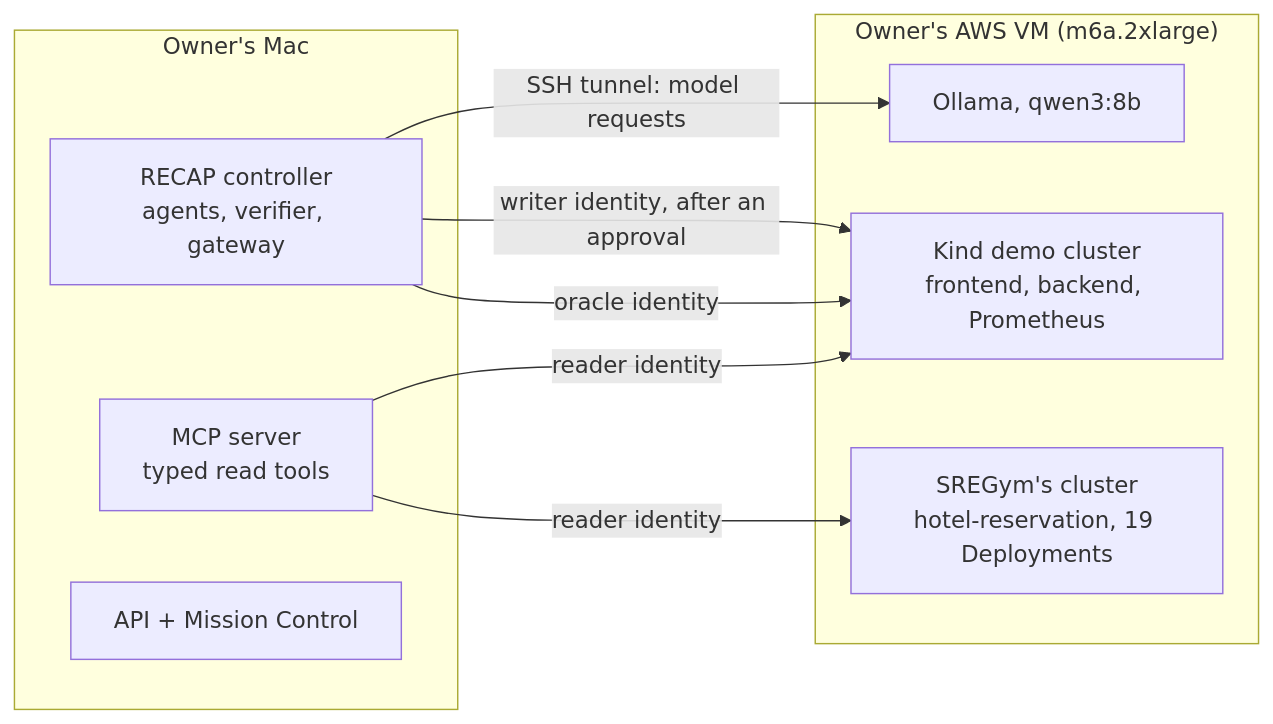
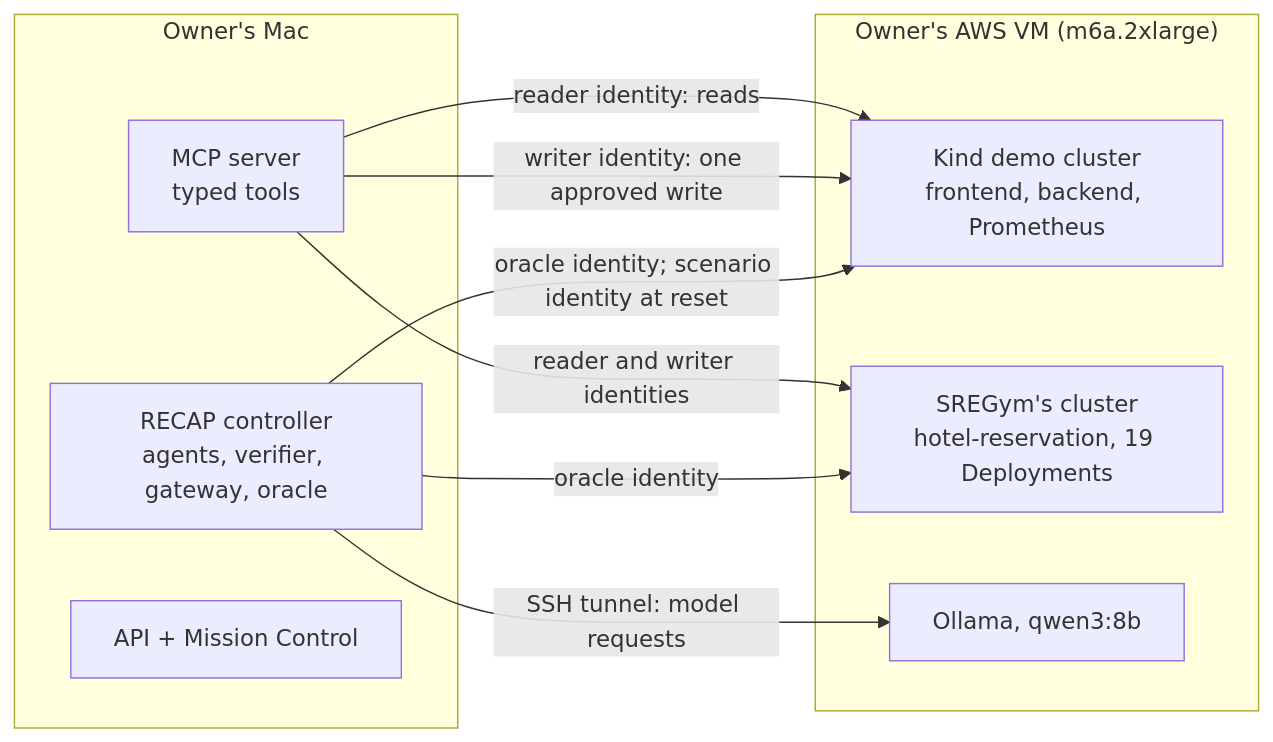
The first of 2 diagrams in docs/m5-report.md (codeit-ronit/recap), drawn with Mermaid before and after one commit. The commit also changed other lines of this file and 10 other files, not shown here.

````diff
--- a/docs/m5-report.md
+++ b/docs/m5-report.md
@@ -43,18 +45,19 @@
 ```mermaid
 flowchart LR
   subgraph Mac["Owner's Mac"]
-    RECAP["RECAP controller<br/>agents, verifier, gateway"]
-    MCP["MCP server<br/>typed read tools"]
+    RECAP["RECAP controller<br/>agents, verifier, gateway, oracle"]
+    MCP["MCP server<br/>typed tools"]
     API["API + Mission Control"]
   end
   subgraph VM["Owner's AWS VM (m6a.2xlarge)"]
     KIND["Kind demo cluster<br/>frontend, backend, Prometheus"]
     SRE["SREGym's cluster<br/>hotel-reservation, 19 Deployments"]
     OLL["Ollama, qwen3:8b"]
   end
   RECAP -- "SSH tunnel: model requests" --> OLL
-  MCP -- "reader identity" --> KIND
-  MCP -- "reader identity" --> SRE
-  RECAP -- "writer identity, after an approval" --> KIND
-  RECAP -- "oracle identity" --> KIND
+  MCP -- "reader identity: reads" --> KIND
+  MCP -- "writer identity: one approved write" --> KIND
+  RECAP -- "oracle identity; scenario identity at reset" --> KIND
+  MCP -- "reader and writer identities" --> SRE
+  RECAP -- "oracle identity" --> SRE
 ```
````
